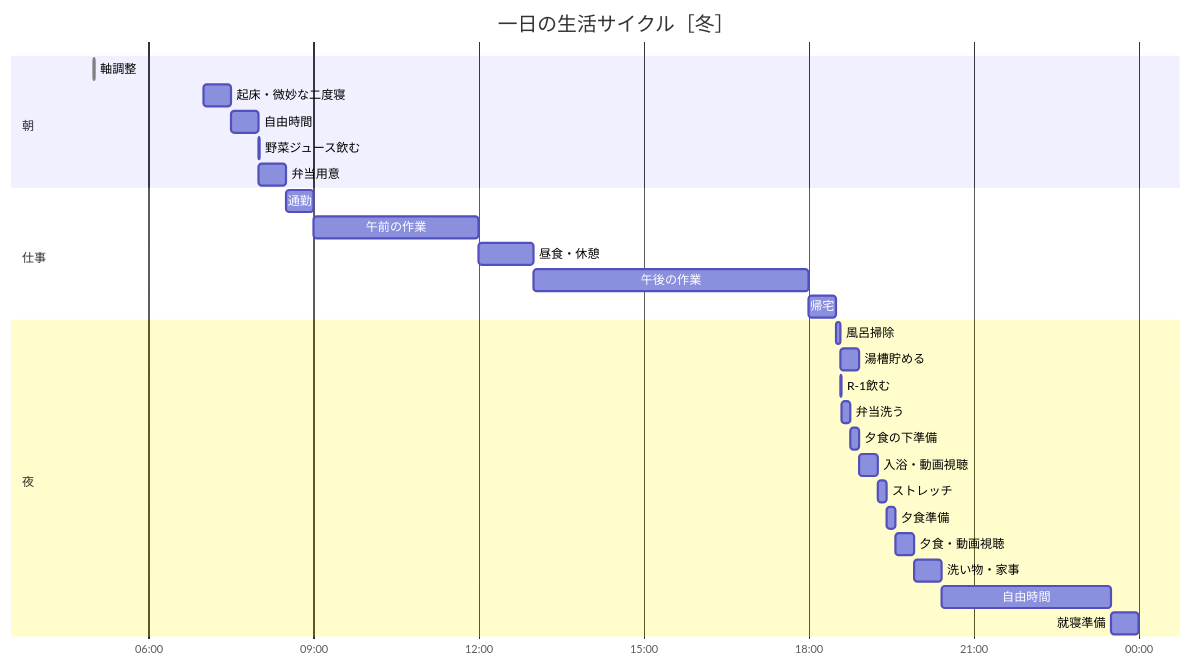
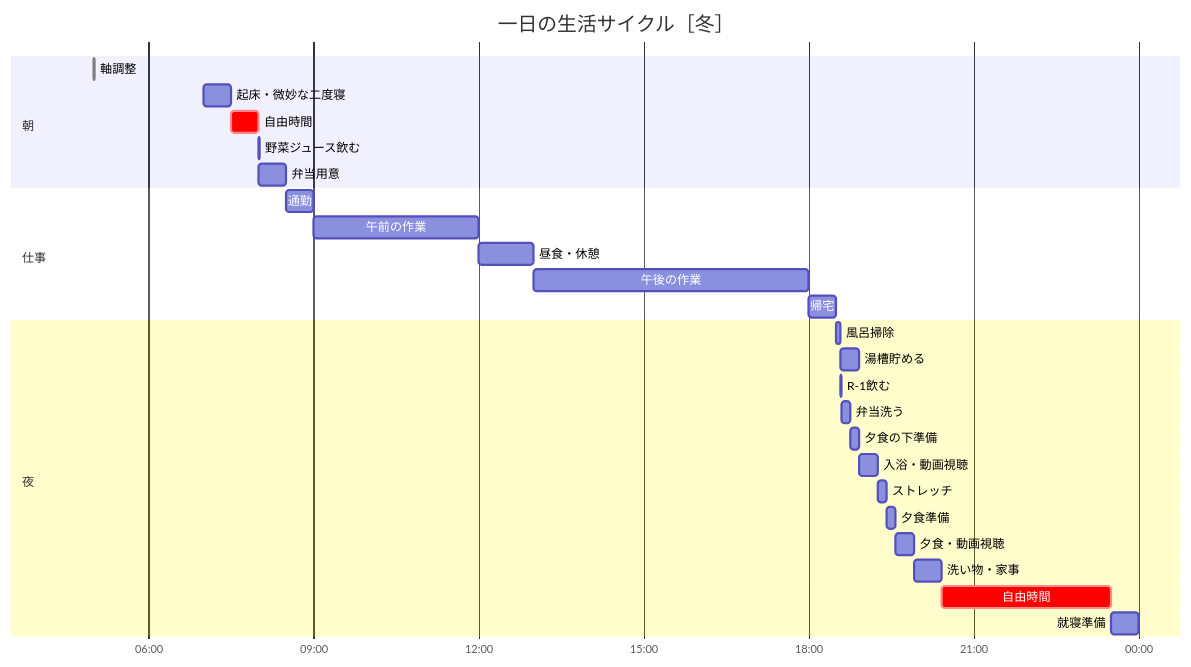
The third of 3 diagrams in memo/ライフスタイル/一日の生活サイクル.md (harurika0303/public-memo), drawn with Mermaid before and after one commit. The commit also changed other lines of this file, not shown here.

````diff
--- a/memo/ライフスタイル/一日の生活サイクル.md
+++ b/memo/ライフスタイル/一日の生活サイクル.md
@@ -85,35 +85,35 @@
 ```mermaid
 gantt
     title 一日の生活サイクル［冬］
     dateFormat HH:mm
     axisFormat %H:%M
     tickInterval 1h
 
     section 朝
     軸調整            :done, 05:00, 1m
     起床・微妙な二度寝                :07:00, 30m
-    自由時間             :07:30, 30m
+    自由時間             :crit, 07:30, 30m
     野菜ジュース飲む     :08:00, 1m
     弁当用意     :08:00, 30m
 
     section 仕事
     通勤             :08:30, 30m
     午前の作業        :09:00, 3h
     昼食・休憩        :12:00, 1h
     午後の作業        :13:00, 5h
     帰宅             :18:00, 30m
 
     section 夜
     風呂掃除        :18:30, 5m
     湯槽貯める        :18:35, 20m
     R-1飲む        :18:35, 1m
     弁当洗う        :18:36, 10m
     夕食の下準備        :18:46, 9m
     入浴・動画視聴        :18:55, 20m
     ストレッチ        :19:15, 10m
     夕食準備        :19:25, 10m
     夕食・動画視聴        :19:35, 20m
     洗い物・家事        :19:55, 30m
-    自由時間          :20:25, 185m
+    自由時間          :crit, 20:25, 185m
     就寝準備          :23:30, 30m
 ```
````
